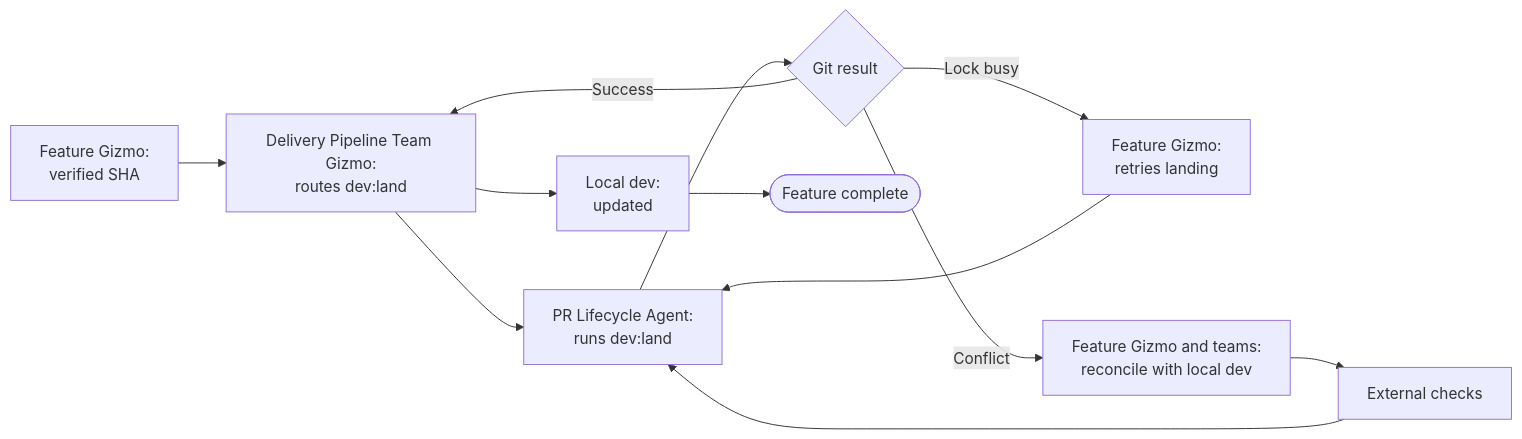
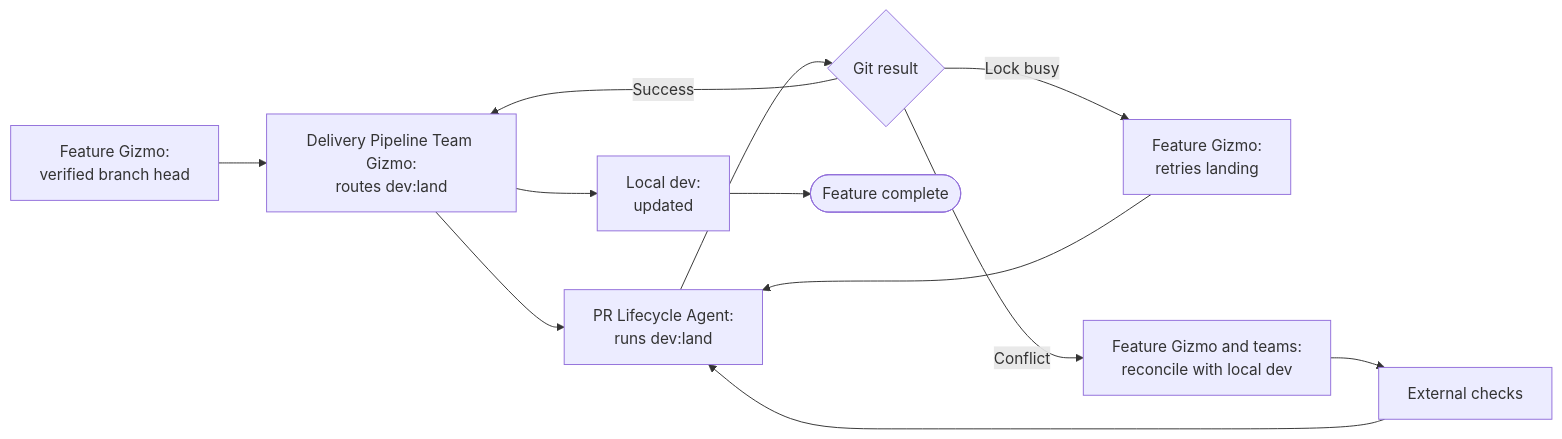
Before and after one commit to meta-secret/nook: the tenth of 13 diagrams in .cortex/gizmo-prime/architecture/multiagent-delivery-diagrams.md, drawn with Mermaid. The commit also changed other lines of this file and 4 other files, not shown here.

Commit message:
docs(cortex): make feature branch authority consistent

````diff
--- a/.cortex/gizmo-prime/architecture/multiagent-delivery-diagrams.md
+++ b/.cortex/gizmo-prime/architecture/multiagent-delivery-diagrams.md
@@ -455,17 +458,17 @@
 ```mermaid
 flowchart LR
-    Gizmo["Feature Gizmo:<br/>verified SHA"]
+    Gizmo["Feature Gizmo:<br/>verified branch head"]
     Pipeline["Delivery Pipeline Team Gizmo:<br/>routes dev:land"]
     Landing["PR Lifecycle Agent:<br/>runs dev:land"]
     Result{"Git result"}
     Retry["Feature Gizmo:<br/>retries landing"]
     Resolve["Feature Gizmo and teams:<br/>reconcile with local dev"]
     Checks["External checks"]
     Dev["Local dev:<br/>updated"]
     Complete([Feature complete])
 
     Gizmo --> Pipeline --> Landing --> Result
     Result -- Lock busy --> Retry --> Landing
     Result -- Conflict --> Resolve --> Checks --> Landing
     Result -- Success --> Pipeline --> Dev --> Complete
 ```
````
